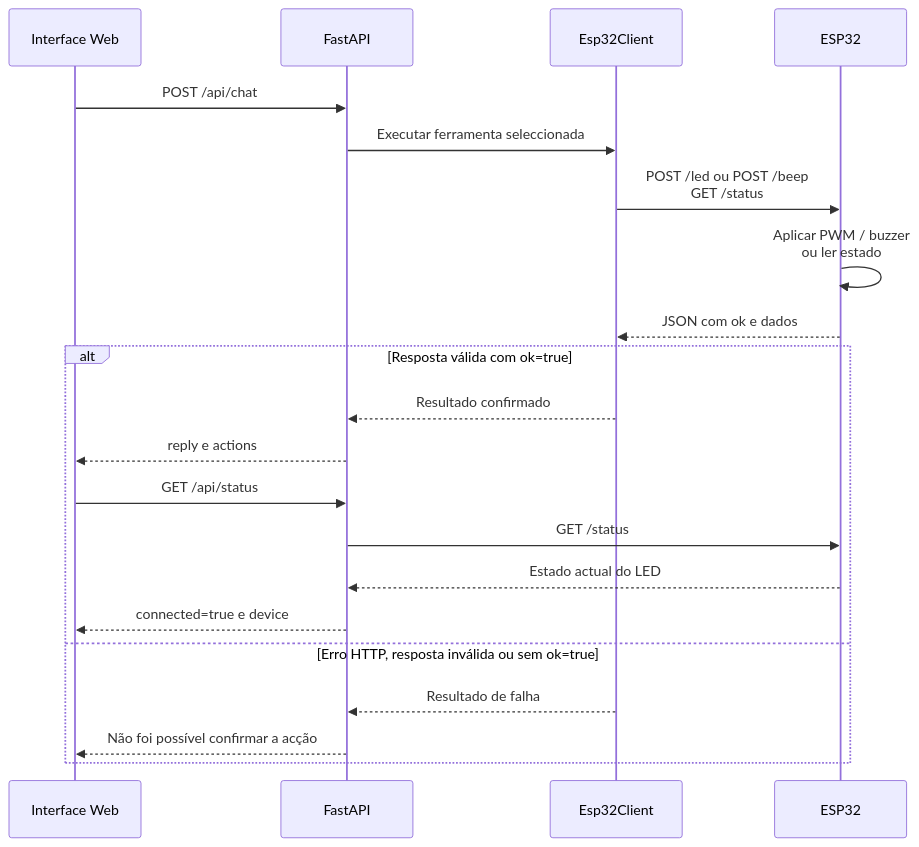
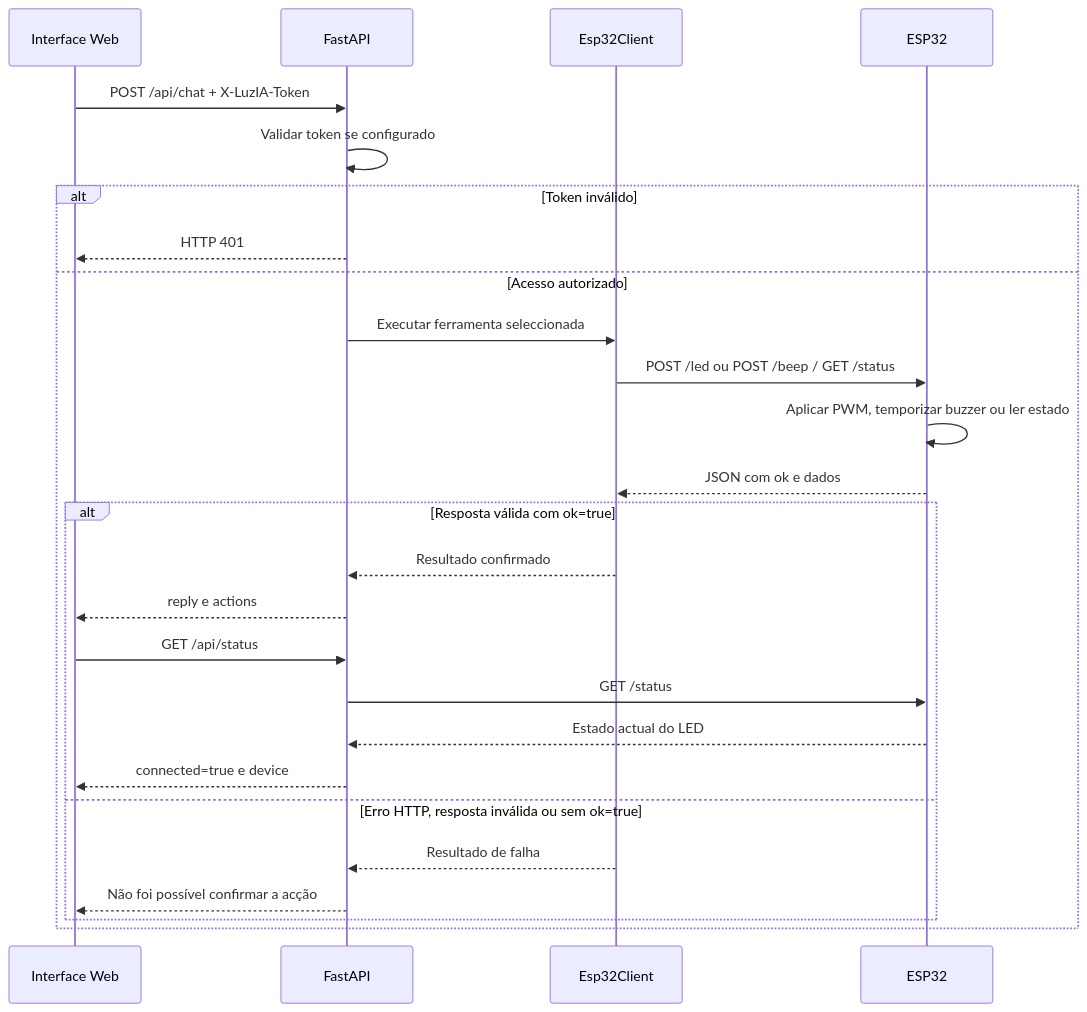
One commit to luis-goncalves-circuits/luzia-esp32-ai changed the sixth of 8 diagrams in docs/FLUXOGRAMAS.md. Above: the diagram before and after it, drawn with Mermaid. The commit also changed other lines of this file, not shown here.

Commit message:
docs: alinhar fluxogramas com autenticação e temporizador do buzzer

````diff
--- a/docs/FLUXOGRAMAS.md
+++ b/docs/FLUXOGRAMAS.md
@@ -127,24 +134,29 @@
 ```mermaid
 sequenceDiagram
     participant UI as Interface Web
     participant API as FastAPI
     participant TOOL as Esp32Client
     participant ESP as ESP32
 
-    UI->>API: POST /api/chat
-    API->>TOOL: Executar ferramenta seleccionada
-    TOOL->>ESP: POST /led ou POST /beep<br/>GET /status
-    ESP->>ESP: Aplicar PWM / buzzer<br/>ou ler estado
-    ESP-->>TOOL: JSON com ok e dados
-    alt Resposta válida com ok=true
-        TOOL-->>API: Resultado confirmado
-        API-->>UI: reply e actions
-        UI->>API: GET /api/status
-        API->>ESP: GET /status
-        ESP-->>API: Estado actual do LED
-        API-->>UI: connected=true e device
-    else Erro HTTP, resposta inválida ou sem ok=true
-        TOOL-->>API: Resultado de falha
-        API-->>UI: Não foi possível confirmar a acção
+    UI->>API: POST /api/chat + X-LuzIA-Token
+    API->>API: Validar token se configurado
+    alt Token inválido
+        API-->>UI: HTTP 401
+    else Acesso autorizado
+        API->>TOOL: Executar ferramenta seleccionada
+        TOOL->>ESP: POST /led ou POST /beep / GET /status
+        ESP->>ESP: Aplicar PWM, temporizar buzzer ou ler estado
+        ESP-->>TOOL: JSON com ok e dados
+        alt Resposta válida com ok=true
+            TOOL-->>API: Resultado confirmado
+            API-->>UI: reply e actions
+            UI->>API: GET /api/status
+            API->>ESP: GET /status
+            ESP-->>API: Estado actual do LED
+            API-->>UI: connected=true e device
+        else Erro HTTP, resposta inválida ou sem ok=true
+            TOOL-->>API: Resultado de falha
+            API-->>UI: Não foi possível confirmar a acção
+        end
     end
 ```
````
